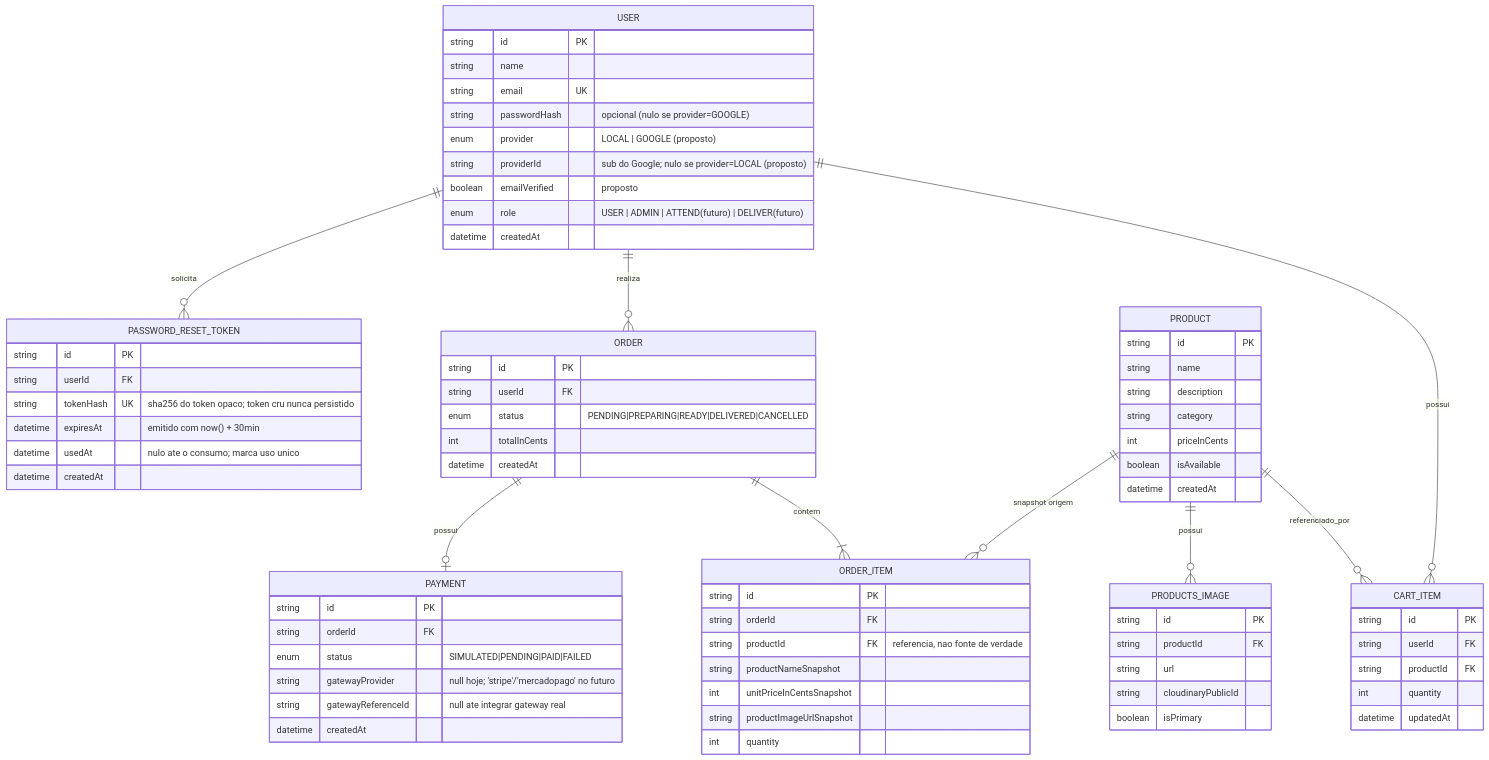
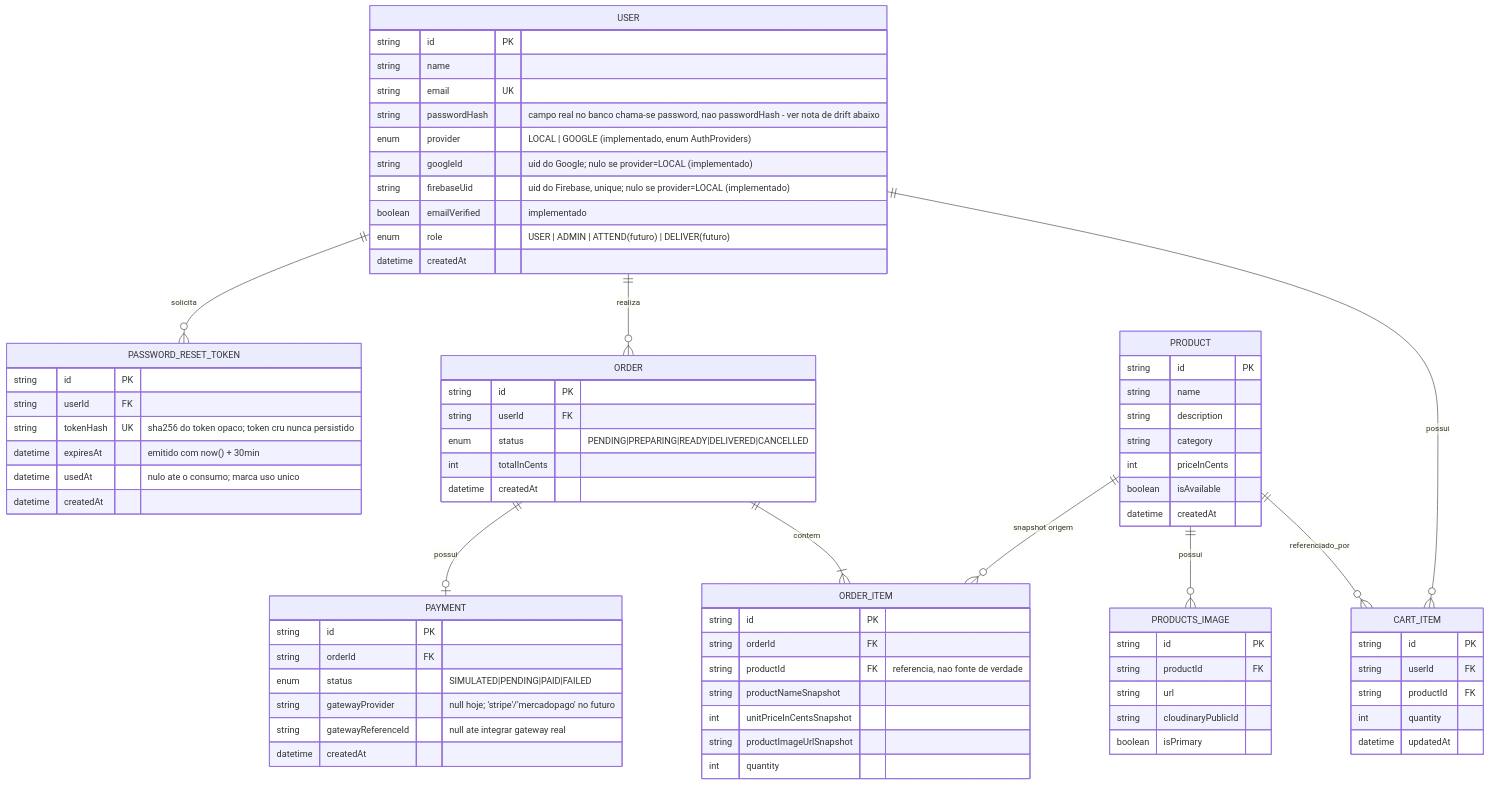
The first of 6 diagrams in docs/architecture/REGRAS_DE_NEGOCIO.md (DevWesleyMedeiros/casa-do-hamburger), drawn with Mermaid before and after one commit. The commit also changed other lines of this file, not shown here.

```diff
--- a/docs/architecture/REGRAS_DE_NEGOCIO.md
+++ b/docs/architecture/REGRAS_DE_NEGOCIO.md
@@ -575,10 +575,11 @@
         string id PK
         string name
         string email UK
-        string passwordHash "opcional (nulo se provider=GOOGLE)"
-        enum provider "LOCAL | GOOGLE (proposto)"
-        string providerId "sub do Google; nulo se provider=LOCAL (proposto)"
-        boolean emailVerified "proposto"
+        string passwordHash "campo real no banco chama-se password, nao passwordHash - ver nota de drift abaixo"
+        enum provider "LOCAL | GOOGLE (implementado, enum AuthProviders)"
+        string googleId "uid do Google; nulo se provider=LOCAL (implementado)"
+        string firebaseUid "uid do Firebase, unique; nulo se provider=LOCAL (implementado)"
+        boolean emailVerified "implementado"
         enum role "USER | ADMIN | ATTEND(futuro) | DELIVER(futuro)"
         datetime createdAt
     }
```
